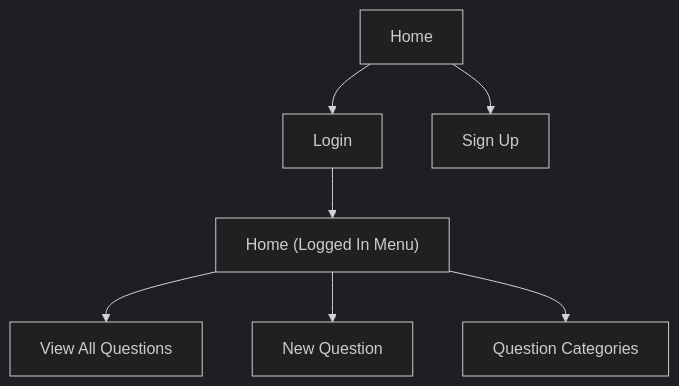
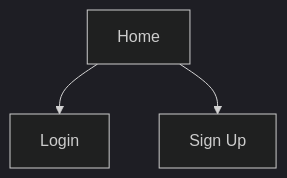
One commit to cryarchy/my_qs_and_as changed the diagram in README.md. Above: the diagram before and after it, drawn with Mermaid (dark theme). The commit also changed other lines of this file and 4 other files, not shown here.

````diff
--- a/README.md
+++ b/README.md
@@ -46,26 +46,12 @@
 ```mermaid
 flowchart
     Home[Home]
     click Home "https://github.com/cryarchy/my_qs_and_as/blob/main/markdown/home.md"
     Login[Login]
     click Login "https://github.com/cryarchy/my_qs_and_as/blob/main/markdown/login.md"
     SignUp[Sign Up]
     click SignUp "https://github.com/cryarchy/my_qs_and_as/blob/main/markdown/signup.md"
-    LgHome["Home (Logged In Menu)"]
-    click LgHome "https://github.com/cryarchy/my_qs_and_as/blob/main/markdown/sidenav.md"
 
     Home --> Login
     Home --> SignUp
-    Login --> LgHome
-
-    AllQns[View All Questions]
-    click AllQns "https://github.com/cryarchy/my_qs_and_as/blob/main/markdown/all-questions.md"
-    NewQA[New Question]
-    click NewQA "https://github.com/cryarchy/my_qs_and_as/blob/main/markdown/new-qa.md"
-    QnCats[Question Categories]
-    click QnCats "https://github.com/cryarchy/my_qs_and_as/blob/main/markdown/qn-categories.md"
-
-    LgHome --> AllQns
-    LgHome --> NewQA
-    LgHome --> QnCats
 ```
````
